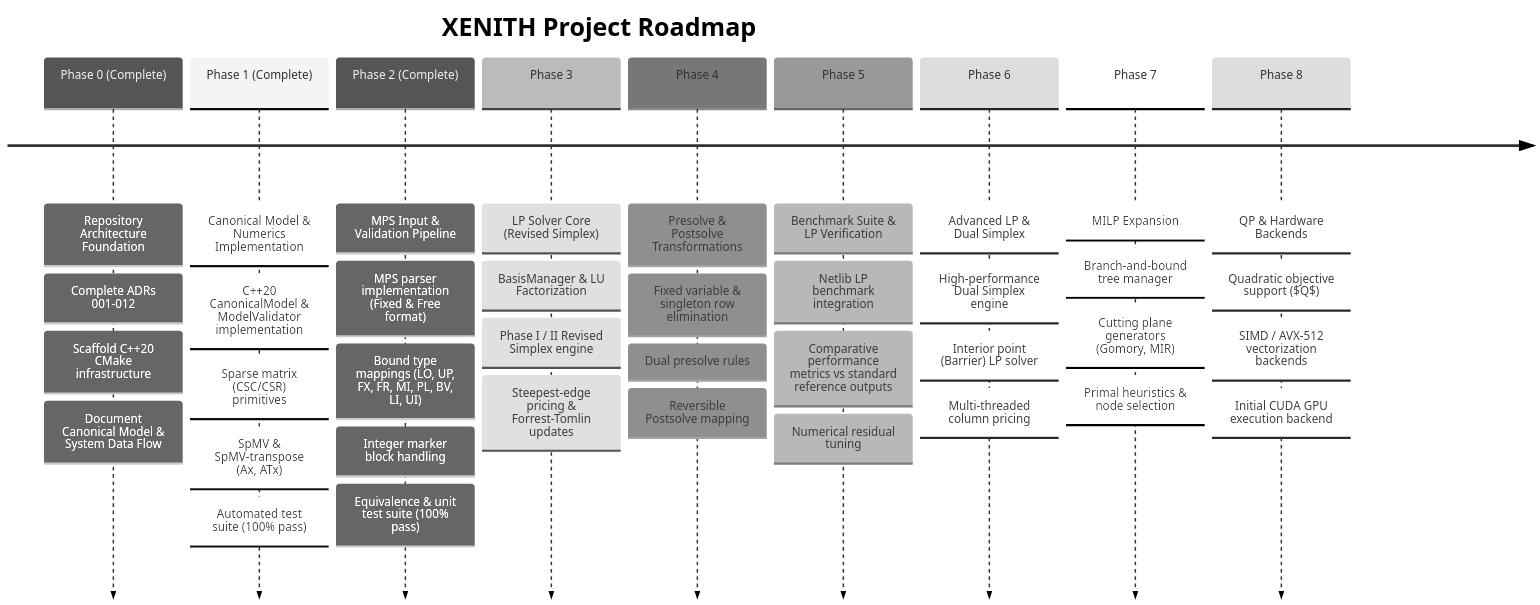
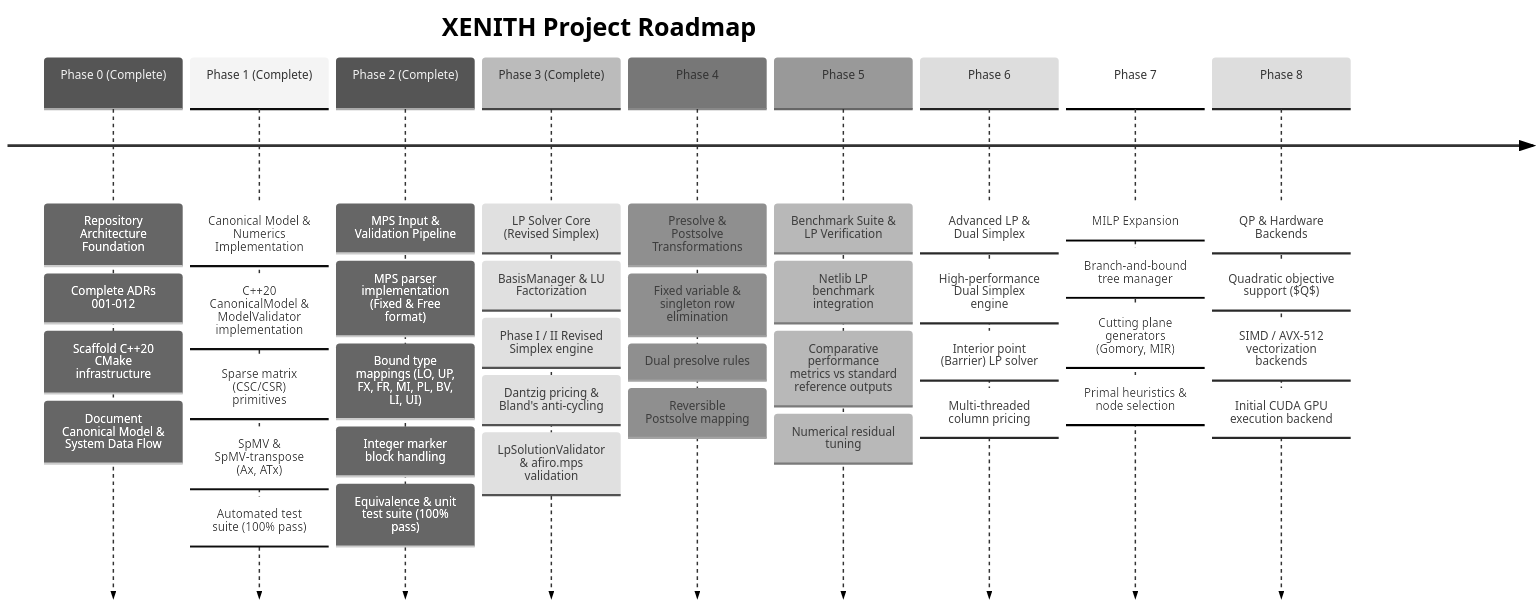
Before and after one commit to Uni-coder-harsh/Xenith: the diagram in docs/roadmap.md, drawn with Mermaid (neutral theme). The commit also changed other lines of this file and 21 other files, not shown here.

First line of the commit message:
feat(solver): implement Phase 3 LP Solver Core (BasisManager, LuFactorization, RevisedSimplexSolver, solution validator)

````diff
--- a/docs/roadmap.md
+++ b/docs/roadmap.md
@@ -9,13 +9,13 @@
 ```mermaid
 timeline
     title XENITH Project Roadmap
     Phase 0 (Complete) : Repository Architecture Foundation : Complete ADRs 001-012 : Scaffold C++20 CMake infrastructure : Document Canonical Model & System Data Flow
     Phase 1 (Complete) : Canonical Model & Numerics Implementation : C++20 CanonicalModel & ModelValidator implementation : Sparse matrix (CSC/CSR) primitives : SpMV & SpMV-transpose (Ax, ATx) : Automated test suite (100% pass)
     Phase 2 (Complete) : MPS Input & Validation Pipeline : MPS parser implementation (Fixed & Free format) : Bound type mappings (LO, UP, FX, FR, MI, PL, BV, LI, UI) : Integer marker block handling : Equivalence & unit test suite (100% pass)
-    Phase 3 : LP Solver Core (Revised Simplex) : BasisManager & LU Factorization : Phase I / II Revised Simplex engine : Steepest-edge pricing & Forrest-Tomlin updates
+    Phase 3 (Complete) : LP Solver Core (Revised Simplex) : BasisManager & LU Factorization : Phase I / II Revised Simplex engine : Dantzig pricing & Bland's anti-cycling : LpSolutionValidator & afiro.mps validation
     Phase 4 : Presolve & Postsolve Transformations : Fixed variable & singleton row elimination : Dual presolve rules : Reversible Postsolve mapping
     Phase 5 : Benchmark Suite & LP Verification : Netlib LP benchmark integration : Comparative performance metrics vs standard reference outputs : Numerical residual tuning
     Phase 6 : Advanced LP & Dual Simplex : High-performance Dual Simplex engine : Interior point (Barrier) LP solver : Multi-threaded column pricing
     Phase 7 : MILP Expansion : Branch-and-bound tree manager : Cutting plane generators (Gomory, MIR) : Primal heuristics & node selection
     Phase 8 : QP & Hardware Backends : Quadratic objective support ($Q$) : SIMD / AVX-512 vectorization backends : Initial CUDA GPU execution backend
 ```
````
